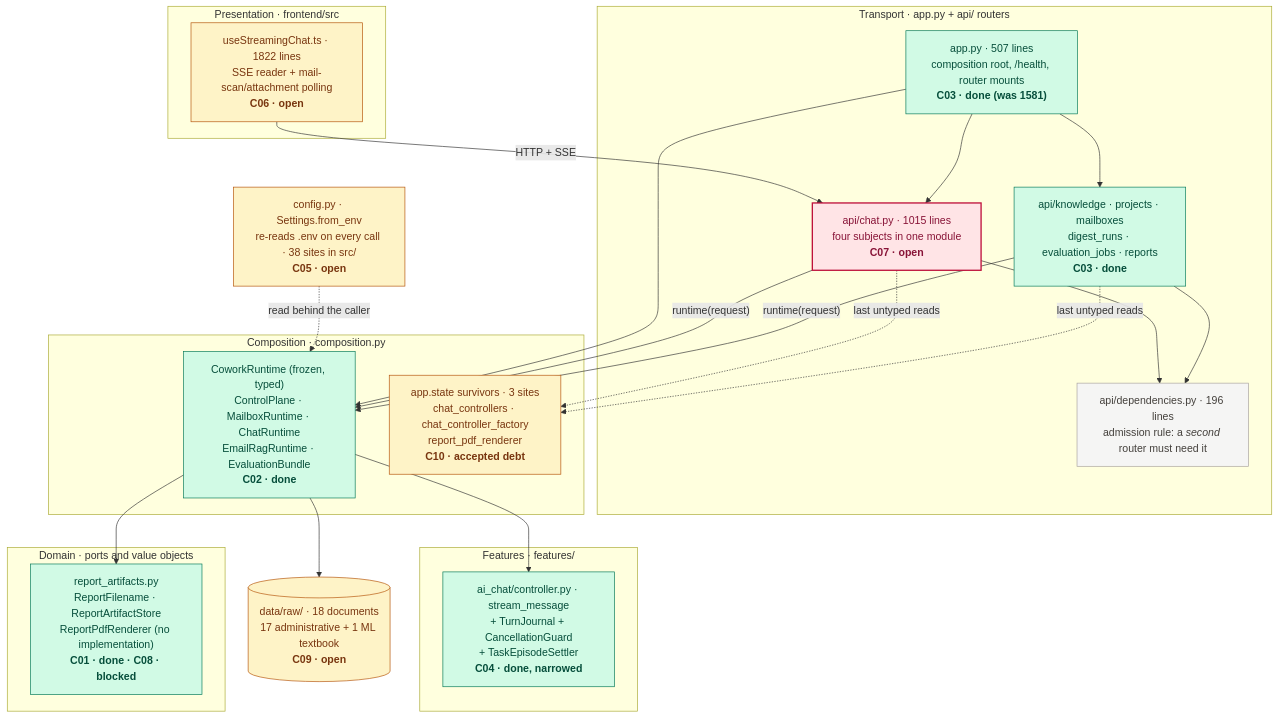
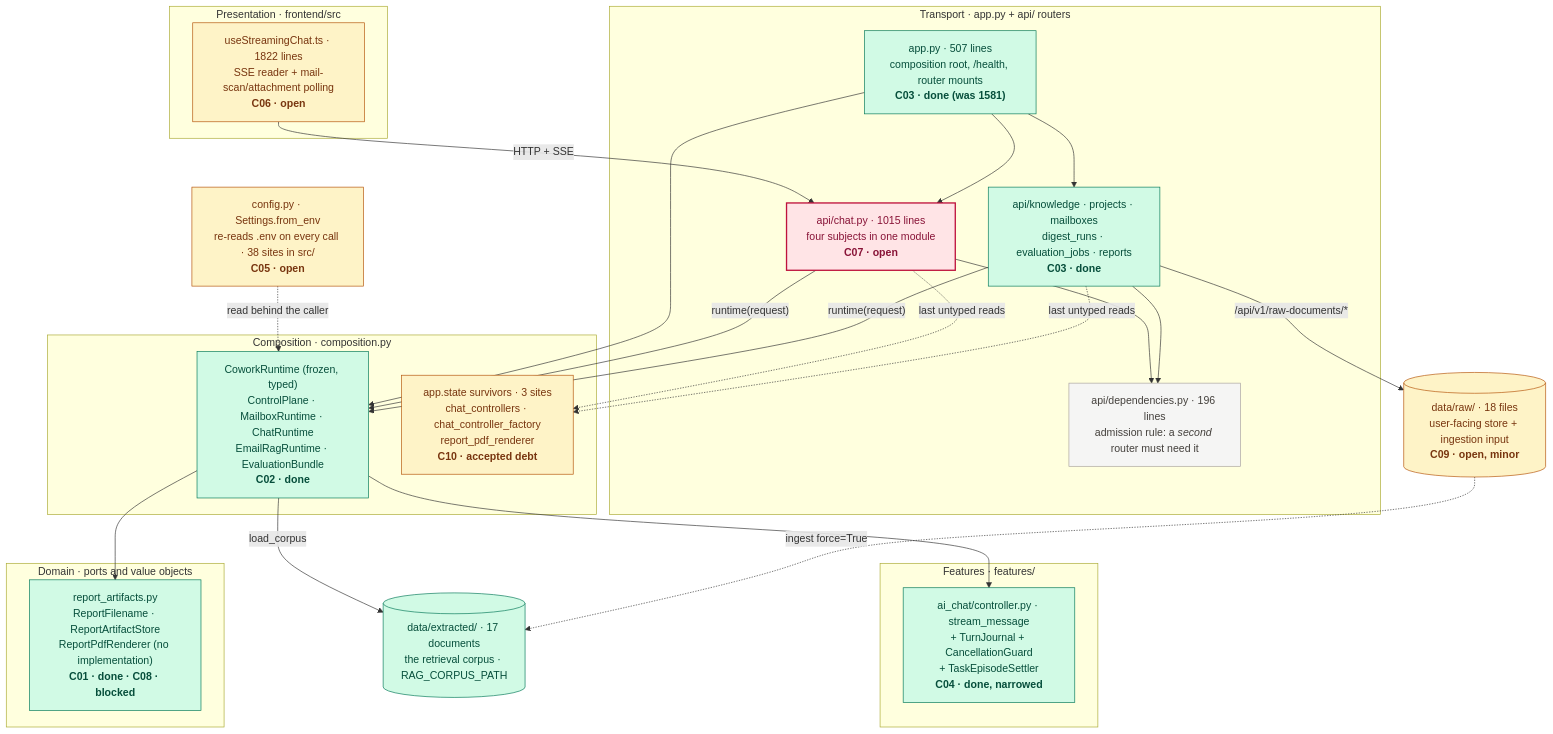
Before and after one commit to MathematicGuy/EMAIL-AGENT-v1: the first of 5 diagrams in tasks/specs/SPEC-architecture-improvement-program.md, drawn with Mermaid. The commit also changed other lines of this file and 1 other file, not shown here.

````diff
--- a/tasks/specs/SPEC-architecture-improvement-program.md
+++ b/tasks/specs/SPEC-architecture-improvement-program.md
@@ -59,53 +59,56 @@
 ```mermaid
 flowchart TB
     subgraph PRESENTATION["Presentation · frontend/src"]
         HOOK["useStreamingChat.ts · 1822 lines<br/>SSE reader + mail-scan/attachment polling<br/><b>C06 · open</b>"]
     end
 
     subgraph TRANSPORT["Transport · app.py + api/ routers"]
         APP["app.py · 507 lines<br/>composition root, /health, router mounts<br/><b>C03 · done (was 1581)</b>"]
         CHAT["api/chat.py · 1015 lines<br/>four subjects in one module<br/><b>C07 · open</b>"]
         SIB["api/knowledge · projects · mailboxes<br/>digest_runs · evaluation_jobs · reports<br/><b>C03 · done</b>"]
         DEPS["api/dependencies.py · 196 lines<br/>admission rule: a <i>second</i> router must need it"]
     end
 
     subgraph COMPOSITION["Composition · composition.py"]
         RT["CoworkRuntime (frozen, typed)<br/>ControlPlane · MailboxRuntime · ChatRuntime<br/>EmailRagRuntime · EvaluationBundle<br/><b>C02 · done</b>"]
         SURV["app.state survivors · 3 sites<br/>chat_controllers · chat_controller_factory<br/>report_pdf_renderer<br/><b>C10 · accepted debt</b>"]
     end
 
     subgraph FEATURES["Features · features/"]
         CTRL["ai_chat/controller.py · stream_message<br/>+ TurnJournal + CancellationGuard<br/>+ TaskEpisodeSettler<br/><b>C04 · done, narrowed</b>"]
     end
 
     subgraph DOMAIN["Domain · ports and value objects"]
         RA["report_artifacts.py<br/>ReportFilename · ReportArtifactStore<br/>ReportPdfRenderer (no implementation)<br/><b>C01 · done · C08 · blocked</b>"]
     end
 
     CFG["config.py · Settings.from_env<br/>re-reads .env on every call · 38 sites in src/<br/><b>C05 · open</b>"]
-    CORPUS[("data/raw/ · 18 documents<br/>17 administrative + 1 ML textbook<br/><b>C09 · open</b>")]
+    CORPUS[("data/extracted/ · 17 documents<br/>the retrieval corpus · RAG_CORPUS_PATH")]
+    RAWDIR[("data/raw/ · 18 files<br/>user-facing store + ingestion input<br/><b>C09 · open, minor</b>")]
 
     HOOK -->|"HTTP + SSE"| CHAT
     APP --> CHAT
     APP --> SIB
     CHAT --> DEPS
     SIB --> DEPS
     APP --> RT
     CHAT -->|"runtime(request)"| RT
     SIB -->|"runtime(request)"| RT
     RT --> CTRL
     RT --> RA
-    RT --> CORPUS
+    RT -->|"load_corpus"| CORPUS
+    SIB -->|"/api/v1/raw-documents/*"| RAWDIR
+    RAWDIR -. "ingest force=True" .-> CORPUS
     CHAT -. "last untyped reads" .-> SURV
     SIB -. "last untyped reads" .-> SURV
     CFG -. "read behind the caller" .-> RT
 
     classDef done fill:#d1fae5,stroke:#047857,color:#064e3b;
     classDef open fill:#fef3c7,stroke:#b45309,color:#78350f;
     classDef outlier fill:#ffe4e6,stroke:#be123c,color:#881337,stroke-width:2px;
     classDef plain fill:#f5f5f4,stroke:#a8a29e,color:#44403c;
-    class APP,SIB,RT,CTRL,RA done;
-    class HOOK,CFG,CORPUS,SURV open;
+    class APP,SIB,RT,CTRL,RA,CORPUS done;
+    class HOOK,CFG,RAWDIR,SURV open;
     class CHAT outlier;
     class DEPS plain;
 ```
````
